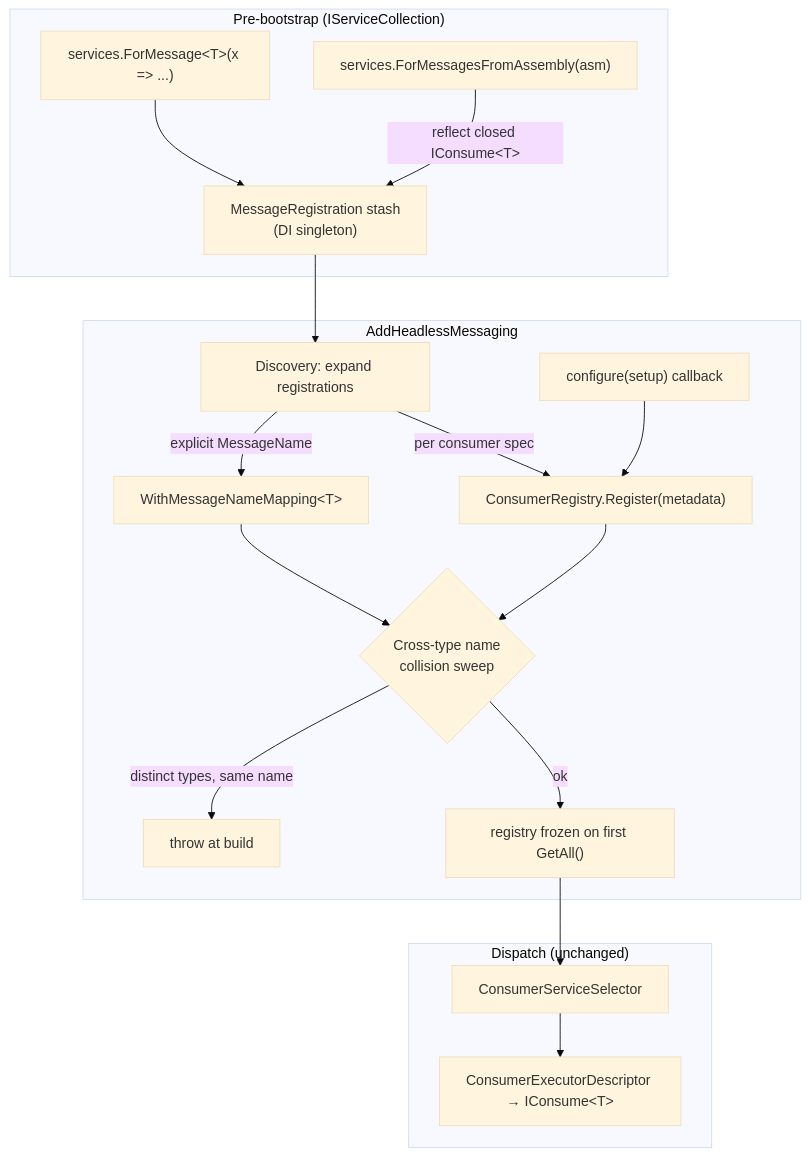
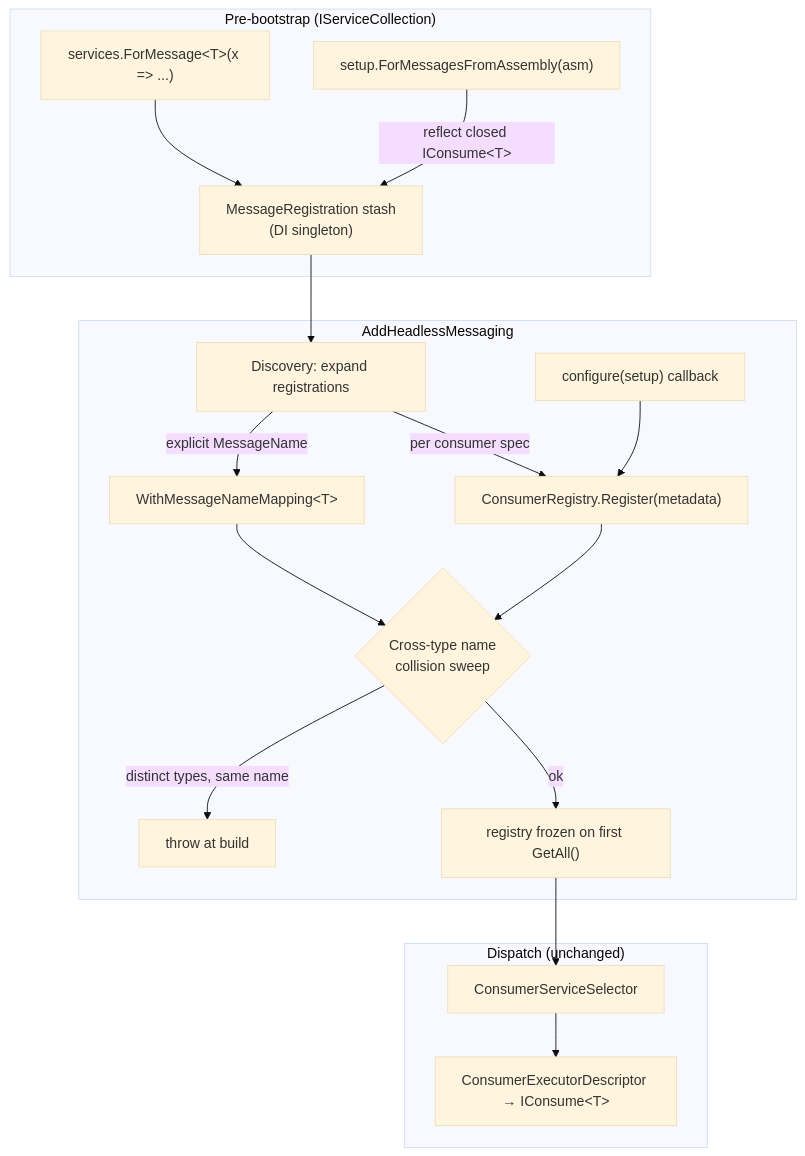
The first of 2 diagrams in docs/plans/2026-06-01-001-feat-formessage-registration-api-plan.md (xshaheen/headless-framework), drawn with Mermaid (base theme) before and after one commit. The commit also changed other lines of this file and 27 other files, not shown here.

Commit message:
fix(messaging): make assembly scanning a setup extension

````diff
--- a/docs/plans/2026-06-01-001-feat-formessage-registration-api-plan.md
+++ b/docs/plans/2026-06-01-001-feat-formessage-registration-api-plan.md
@@ -207,21 +207,21 @@
 ```mermaid
 flowchart TB
   subgraph pre["Pre-bootstrap (IServiceCollection)"]
     FM["services.ForMessage&lt;T&gt;(x =&gt; ...)"] --> STASH["MessageRegistration stash<br/>(DI singleton)"]
-    FMA["services.ForMessagesFromAssembly(asm)"] -->|reflect closed IConsume&lt;T&gt;| STASH
+    FMA["setup.ForMessagesFromAssembly(asm)"] -->|reflect closed IConsume&lt;T&gt;| STASH
   end
   subgraph boot["AddHeadlessMessaging"]
     STASH --> DISC["Discovery: expand registrations"]
     DISC -->|explicit MessageName| MAP["WithMessageNameMapping&lt;T&gt;"]
     DISC -->|per consumer spec| REG["ConsumerRegistry.Register(metadata)"]
     CFG["configure(setup) callback"] --> REG
     REG --> SWEEP{"Cross-type name<br/>collision sweep"}
     MAP --> SWEEP
     SWEEP -->|distinct types, same name| THROW["throw at build"]
     SWEEP -->|ok| FREEZE["registry frozen on first GetAll()"]
   end
   subgraph run["Dispatch (unchanged)"]
     FREEZE --> SEL["ConsumerServiceSelector"]
     SEL --> EXEC["ConsumerExecutorDescriptor → IConsume&lt;T&gt;"]
   end
 ```
````
